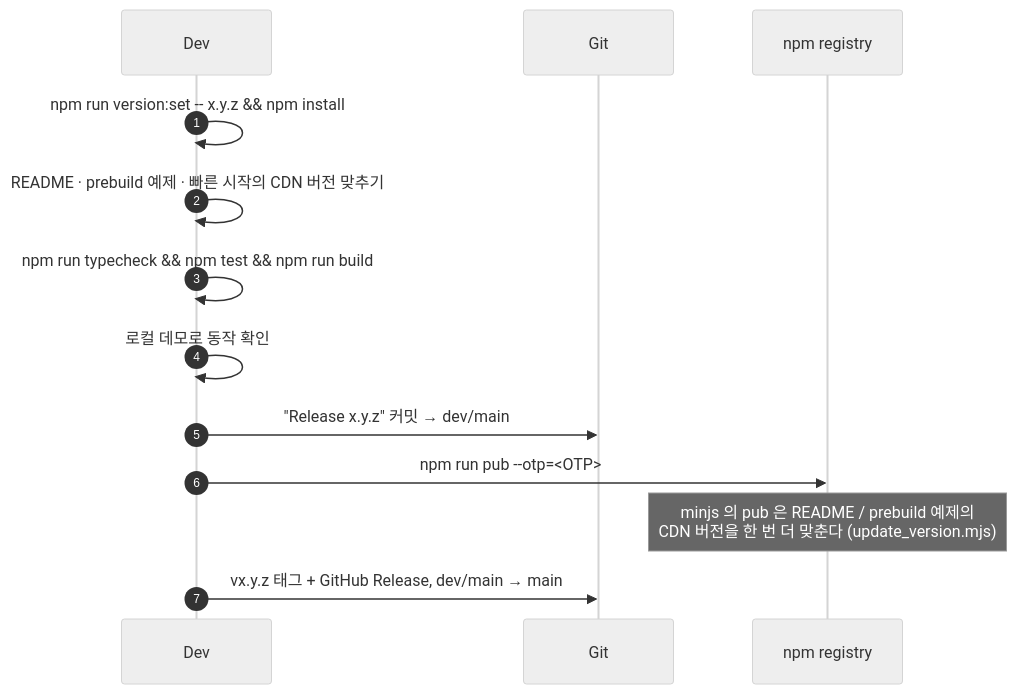
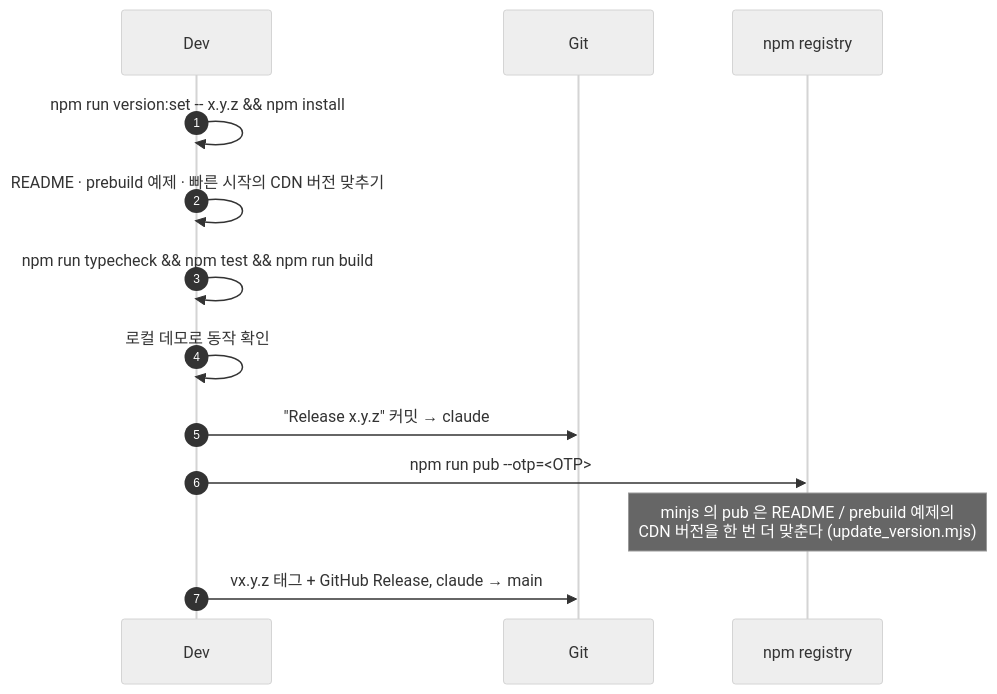
Before and after one commit to i486magzog/magFlip: the third of 3 diagrams in guide/dev/development/build-and-release.md, drawn with Mermaid (neutral theme). The commit also changed 2 other files, not shown here.

Commit message:
Make claude the working branch in the guides

````diff
--- a/guide/dev/development/build-and-release.md
+++ b/guide/dev/development/build-and-release.md
@@ -56,15 +56,15 @@
 ```mermaid
 sequenceDiagram
   autonumber
   participant Dev
   participant Repo as Git
   participant NPM as npm registry
   Dev->>Dev: npm run version:set -- x.y.z && npm install
   Dev->>Dev: README · prebuild 예제 · 빠른 시작의 CDN 버전 맞추기
   Dev->>Dev: npm run typecheck && npm test && npm run build
   Dev->>Dev: 로컬 데모로 동작 확인
-  Dev->>Repo: "Release x.y.z" 커밋 → dev/main
+  Dev->>Repo: "Release x.y.z" 커밋 → claude
   Dev->>NPM: npm run pub --otp=<OTP>
   Note over NPM: minjs 의 pub 은 README / prebuild 예제의<br/>CDN 버전을 한 번 더 맞춘다 (update_version.mjs)
-  Dev->>Repo: vx.y.z 태그 + GitHub Release, dev/main → main
+  Dev->>Repo: vx.y.z 태그 + GitHub Release, claude → main
 ```
````
